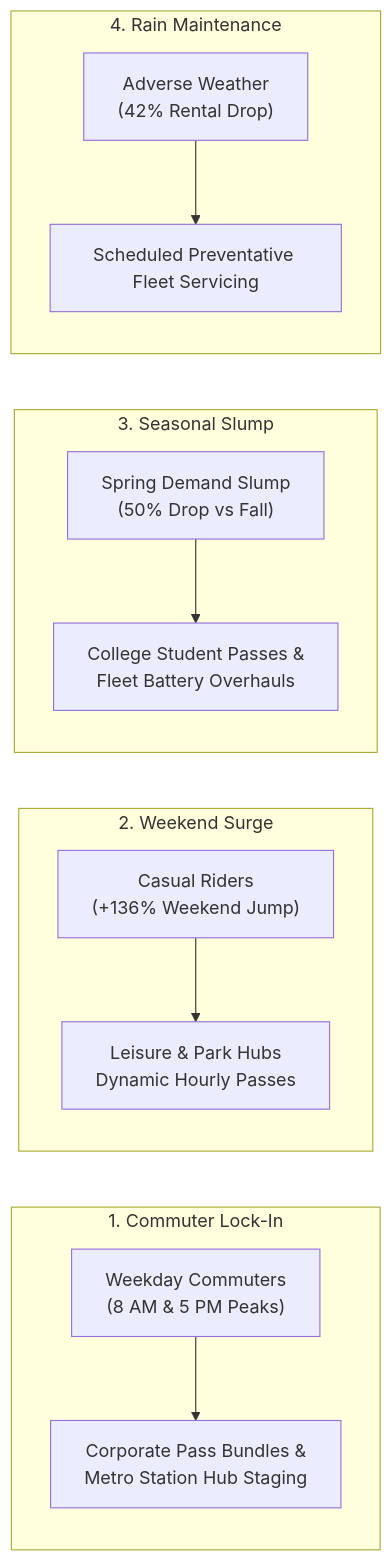
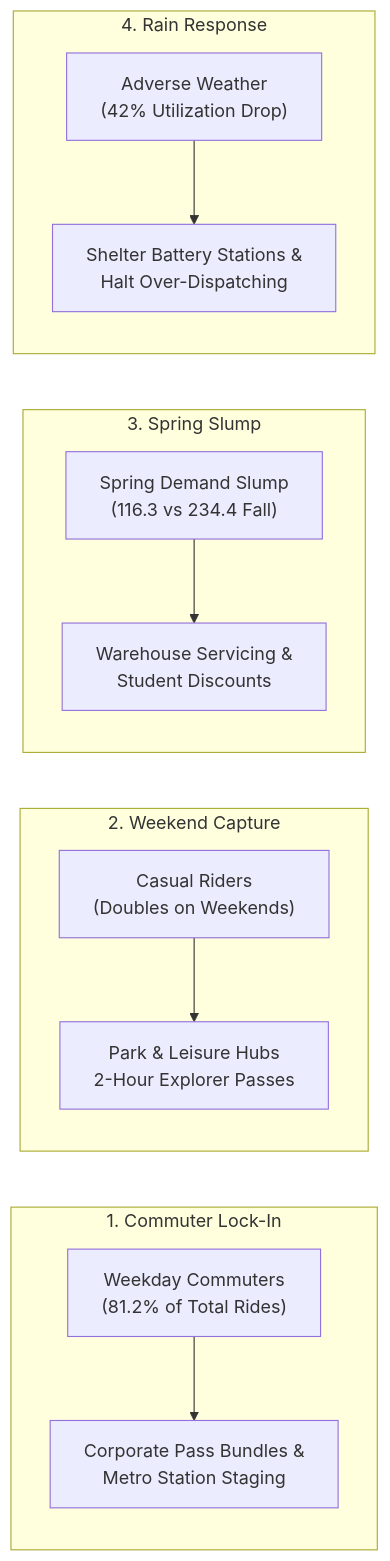
One commit to Hazardous9hub/Yulu-Hypothesis-Testing-Business-Case-Study changed the second of 2 diagrams in README.md. Above: the diagram before and after it, drawn with Mermaid. The commit also changed other lines of this file and 11 other files, not shown here.

Commit message:
fix: replace synthetic assets with authentic charts from notebook and official SVG logos

````diff
--- a/README.md
+++ b/README.md
@@ -291,15 +301,15 @@
 ```mermaid
 flowchart LR
     subgraph S1["1. Commuter Lock-In"]
-        A1["Weekday Commuters<br/>(8 AM & 5 PM Peaks)"] --> B1["Corporate Pass Bundles &<br/>Metro Station Hub Staging"]
+        A1["Weekday Commuters<br/>(81.2% of Total Rides)"] --> B1["Corporate Pass Bundles &<br/>Metro Station Staging"]
     end
-    subgraph S2["2. Weekend Surge"]
-        A2["Casual Riders<br/>(+136% Weekend Jump)"] --> B2["Leisure & Park Hubs<br/>Dynamic Hourly Passes"]
+    subgraph S2["2. Weekend Capture"]
+        A2["Casual Riders<br/>(Doubles on Weekends)"] --> B2["Park & Leisure Hubs<br/>2-Hour Explorer Passes"]
     end
-    subgraph S3["3. Seasonal Slump"]
-        A3["Spring Demand Slump<br/>(50% Drop vs Fall)"] --> B3["College Student Passes &<br/>Fleet Battery Overhauls"]
+    subgraph S3["3. Spring Slump"]
+        A3["Spring Demand Slump<br/>(116.3 vs 234.4 Fall)"] --> B3["Warehouse Servicing &<br/>Student Discounts"]
     end
-    subgraph S4["4. Rain Maintenance"]
-        A4["Adverse Weather<br/>(42% Rental Drop)"] --> B4["Scheduled Preventative Fleet Servicing"]
+    subgraph S4["4. Rain Response"]
+        A4["Adverse Weather<br/>(42% Utilization Drop)"] --> B4["Shelter Battery Stations &<br/>Halt Over-Dispatching"]
     end
 ```
````
